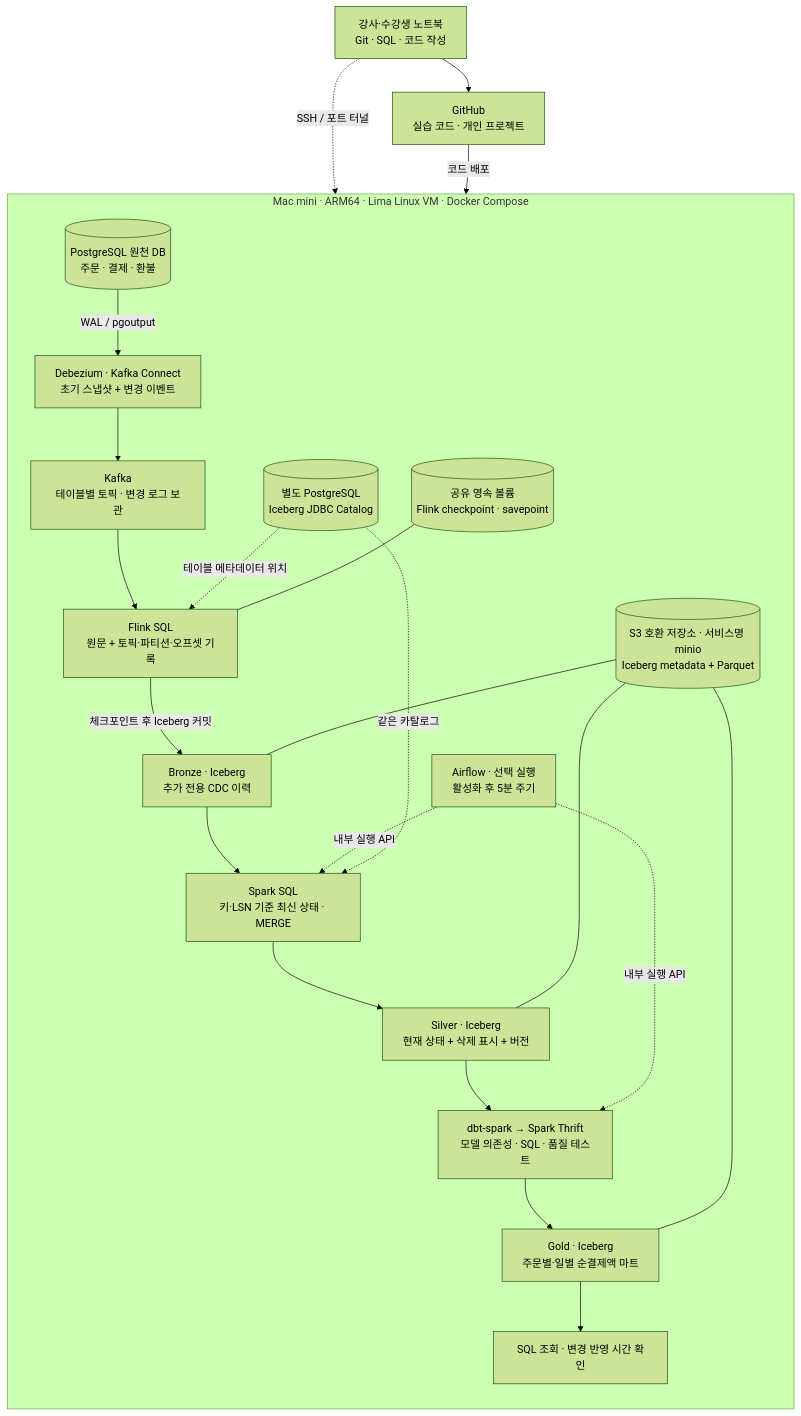
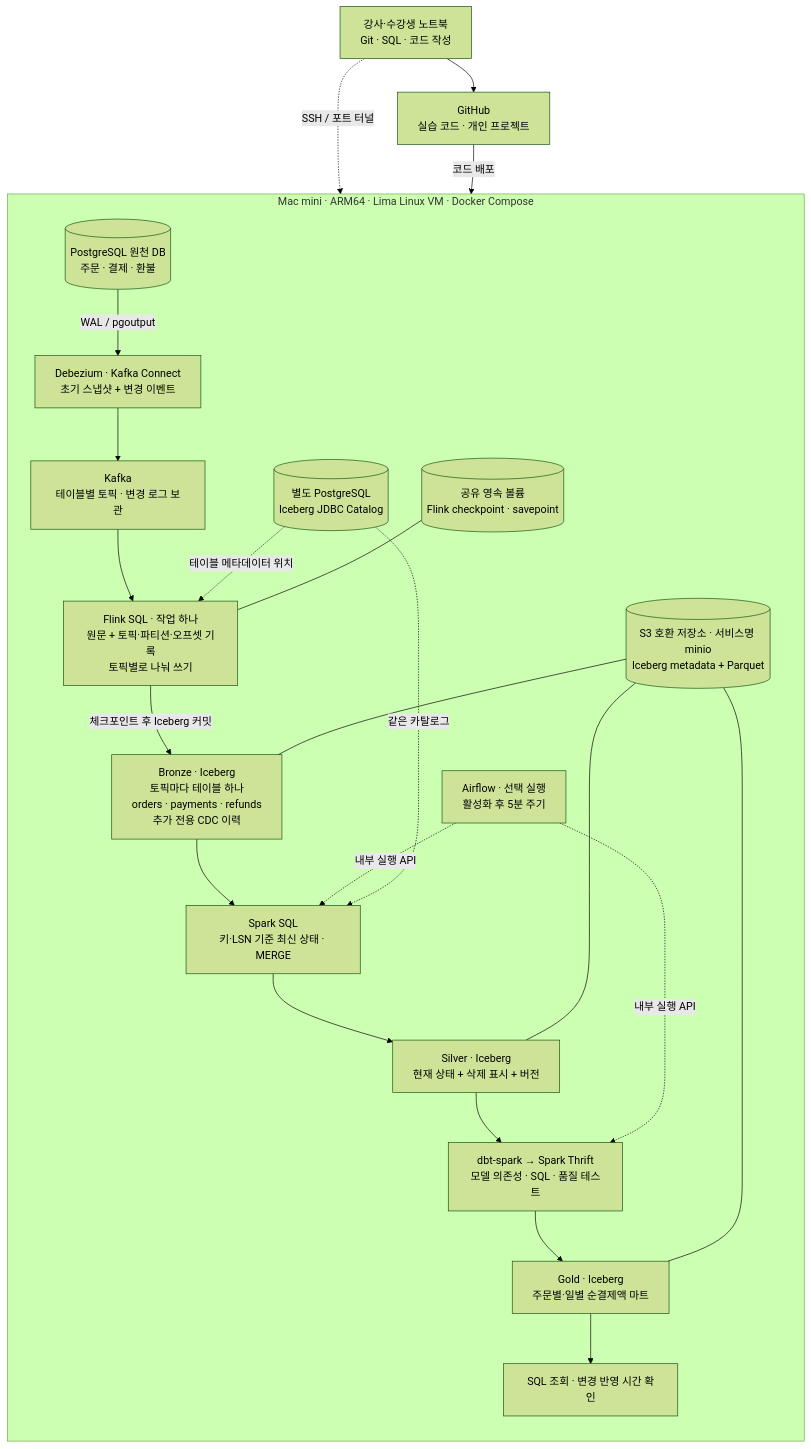
The diagram in docs/architecture.md (kim-dabin/cdc-lakehouse-study), drawn with Mermaid (forest theme) before and after one commit. The commit also changed other lines of this file and 8 other files, not shown here.

````diff
--- a/docs/architecture.md
+++ b/docs/architecture.md
@@ -18,26 +18,26 @@
 ```mermaid
 flowchart TB
   author[강사·수강생 노트북<br/>Git · SQL · 코드 작성] --> github[GitHub<br/>실습 코드 · 개인 프로젝트]
   author -. SSH / 포트 터널 .-> mini
   github -->|코드 배포| mini
   subgraph mini[Mac mini · ARM64 · Lima Linux VM · Docker Compose]
     direction TB
     pg[(PostgreSQL 원천 DB<br/>주문 · 결제 · 환불)] -->|WAL / pgoutput| cdc[Debezium · Kafka Connect<br/>초기 스냅샷 + 변경 이벤트]
     cdc --> kafka[Kafka<br/>테이블별 토픽 · 변경 로그 보관]
-    kafka --> flink[Flink SQL<br/>원문 + 토픽·파티션·오프셋 기록]
-    flink -->|체크포인트 후 Iceberg 커밋| bronze[Bronze · Iceberg<br/>추가 전용 CDC 이력]
+    kafka --> flink[Flink SQL · 작업 하나<br/>원문 + 토픽·파티션·오프셋 기록<br/>토픽별로 나눠 쓰기]
+    flink -->|체크포인트 후 Iceberg 커밋| bronze[Bronze · Iceberg<br/>토픽마다 테이블 하나<br/>orders · payments · refunds<br/>추가 전용 CDC 이력]
     bronze --> spark[Spark SQL<br/>키·LSN 기준 최신 상태 · MERGE]
     spark --> silver[Silver · Iceberg<br/>현재 상태 + 삭제 표시 + 버전]
     silver --> dbt[dbt-spark → Spark Thrift<br/>모델 의존성 · SQL · 품질 테스트]
     dbt --> gold[Gold · Iceberg<br/>주문별·일별 순결제액 마트]
     gold --> query[SQL 조회 · 변경 반영 시간 확인]
     airflow[Airflow · 선택 실행<br/>활성화 후 5분 주기] -. 내부 실행 API .-> spark
     airflow -. 내부 실행 API .-> dbt
     catalog[(별도 PostgreSQL<br/>Iceberg JDBC Catalog)] -. 테이블 메타데이터 위치 .-> flink
     catalog -. 같은 카탈로그 .-> spark
     storage[(S3 호환 저장소 · 서비스명 minio<br/>Iceberg metadata + Parquet)] --- bronze
     storage --- silver
     storage --- gold
     checkpoint[(공유 영속 볼륨<br/>Flink checkpoint · savepoint)] --- flink
   end
 ```
````
